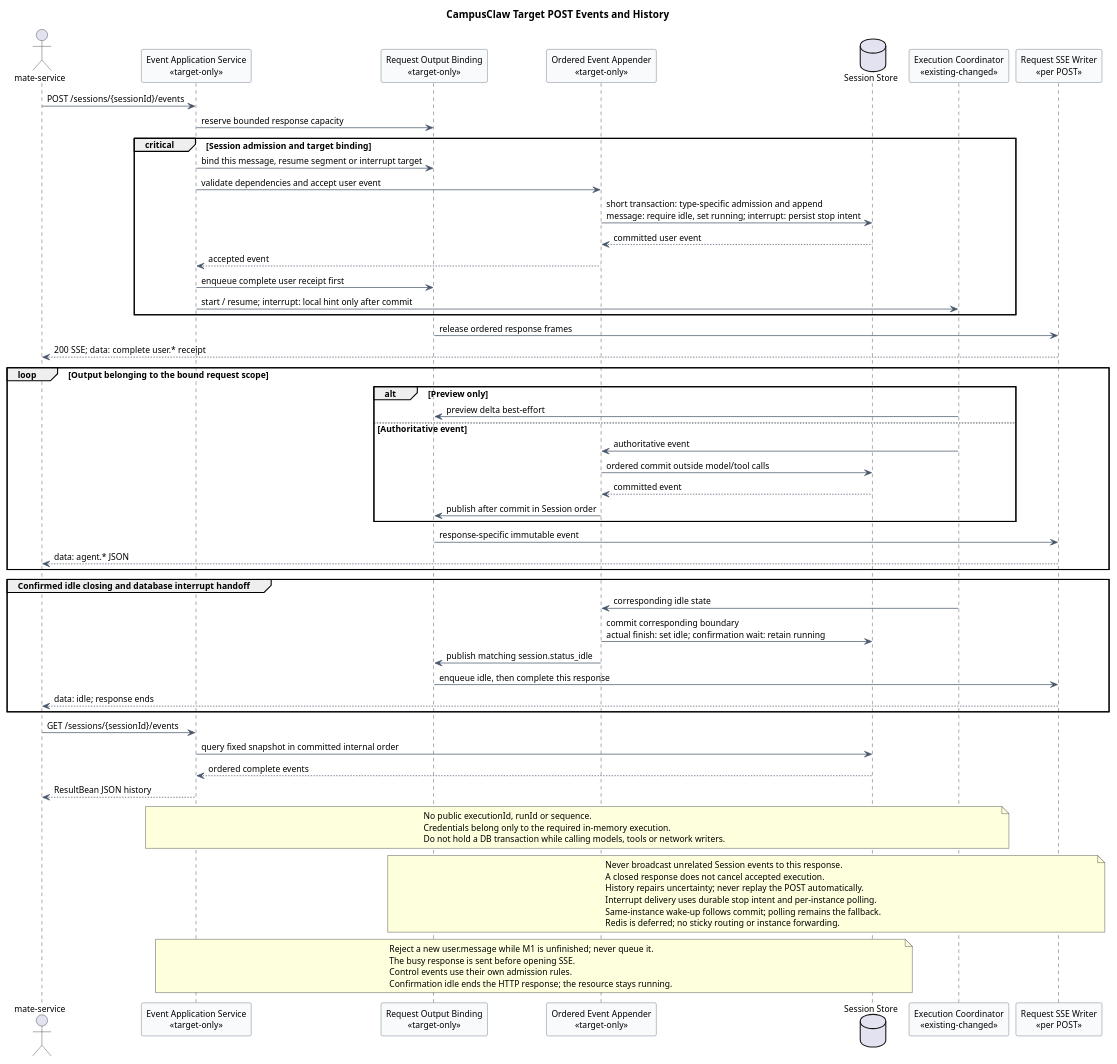
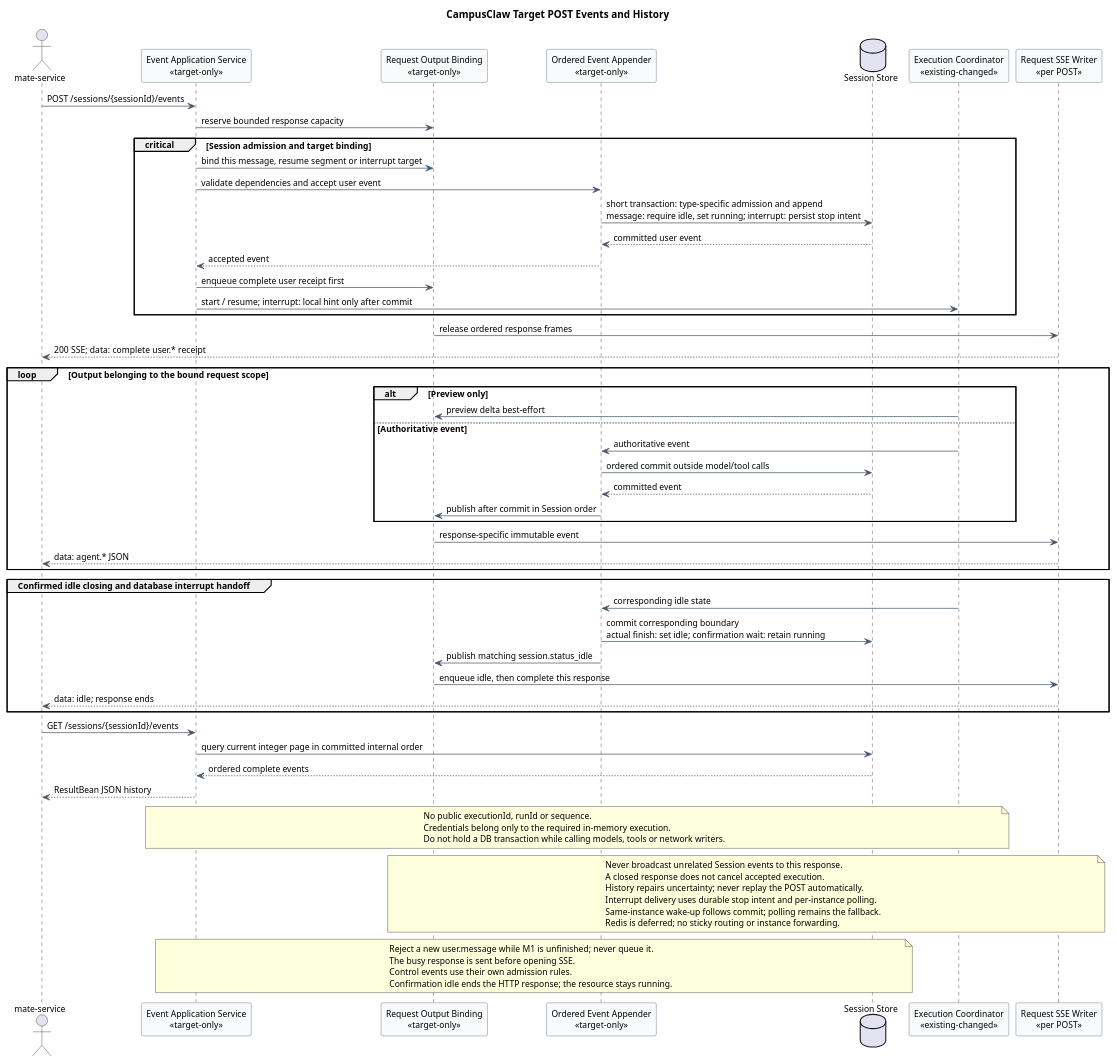
One commit to ssm0808/pi-mono-java-design changed the first of 5 diagrams in 01-总体架构/01-CampusClaw多Agent运行时/设计图/事件接口重设计/diagram.puml. Above: the diagram before and after it, drawn with PlantUML. The commit also changed other lines of this file and 14 other files, not shown here.

```diff
--- a/01-总体架构/01-CampusClaw多Agent运行时/设计图/事件接口重设计/diagram.puml
+++ b/01-总体架构/01-CampusClaw多Agent运行时/设计图/事件接口重设计/diagram.puml
@@ -1,91 +1,91 @@
 @startuml target_session_events_resource_model
 title CampusClaw Target POST Events and History
 ' Source evidence: pi-mono-java 918005ee8ccc88d179fc31a0de17a92b4a01383b.
 ' campusclaw/src/main/java/com/huawei/hicampus/claw/codingagent/runtimeapi/web/RuntimeEventController.java,
 ' submit/list, lines 61-91: POST SSE and GET history; no standalone read stream.
 ' campusclaw/src/main/java/com/huawei/hicampus/claw/codingagent/runtimeapi/event/RuntimeEventService.java,
 ' prepareAndSubmitLocked/acceptUserEntry, lines 101-141: persist message then start.
 ' These files are unchanged from a8192e047f4061bd385297d3dc6c4358362d0d49.
 ' Observed behavior: current Java already uses request-scoped POST SSE.
 ' Confirmed target architecture: combine submission and output in one POST;
 ' the first business frame is the complete accepted user event, exactly once.
 ' Design reason: remove the gap between a write and an independent live subscription.
-' Target-only: union input, response projection, causal ordering and fixed snapshot.
+' Target-only: union input, response projection, causal ordering and integer paging.
 ' Source evidence: campusclaw/src/main/java/com/huawei/hicampus/claw/codingagent/runtimeapi/persistence/MyBatisRuntimeSessionRepository.java,
 ' acceptUserEvent: row lock, idle recheck, message append and running update in one transaction.
 ' Confirmed product constraint: one unfinished user.message per Session across instances.
 skinparam backgroundColor #FFFFFF
 skinparam shadowing false
 skinparam defaultFontName Arial
 skinparam defaultFontSize 12
 skinparam sequence {
   ParticipantBackgroundColor #F8FAFC
   ParticipantBorderColor #475569
   ArrowColor #475569
 }
 actor "mate-service" as Mate
 participant "Event Application Service\n<<target-only>>" as API
 participant "Request Output Binding\n<<target-only>>" as Binding
 participant "Ordered Event Appender\n<<target-only>>" as Append
 database "Session Store" as Store
 participant "Execution Coordinator\n<<existing-changed>>" as Execution
 participant "Request SSE Writer\n<<per POST>>" as Writer
 
 Mate -> API : POST /sessions/{sessionId}/events
 API -> Binding : reserve bounded response capacity
 critical Session admission and target binding
   API -> Binding : bind this message, resume segment or interrupt target
   API -> Append : validate dependencies and accept user event
   Append -> Store : short transaction: type-specific admission and append\nmessage: require idle, set running; interrupt: persist stop intent
   Store --> Append : committed user event
   Append --> API : accepted event
   API -> Binding : enqueue complete user receipt first
   API -> Execution : start / resume; interrupt: local hint only after commit
 end
 Binding -> Writer : release ordered response frames
 Writer --> Mate : 200 SSE; data: complete user.* receipt
 
 loop Output belonging to the bound request scope
   alt Preview only
     Execution -> Binding : preview delta best-effort
   else Authoritative event
     Execution -> Append : authoritative event
     Append -> Store : ordered commit outside model/tool calls
     Store --> Append : committed event
     Append -> Binding : publish after commit in Session order
   end
   Binding -> Writer : response-specific immutable event
   Writer --> Mate : data: agent.* JSON
 end
 group Confirmed idle closing and database interrupt handoff
   Execution -> Append : corresponding idle state
   Append -> Store : commit corresponding boundary\nactual finish: set idle; confirmation wait: retain running
   Append -> Binding : publish matching session.status_idle
   Binding -> Writer : enqueue idle, then complete this response
   Writer --> Mate : data: idle; response ends
 end
 Mate -> API : GET /sessions/{sessionId}/events
-API -> Store : query fixed snapshot in committed internal order
+API -> Store : query current integer page in committed internal order
 Store --> API : ordered complete events
 API --> Mate : ResultBean JSON history
 
 note over API,Execution
 No public executionId, runId or sequence.
 Credentials belong only to the required in-memory execution.
 Do not hold a DB transaction while calling models, tools or network writers.
 end note
 note over Binding,Writer
 Never broadcast unrelated Session events to this response.
 A closed response does not cancel accepted execution.
 History repairs uncertainty; never replay the POST automatically.
 Interrupt delivery uses durable stop intent and per-instance polling.
 Same-instance wake-up follows commit; polling remains the fallback.
 Redis is deferred; no sticky routing or instance forwarding.
 end note
 note over API,Store
 Reject a new user.message while M1 is unfinished; never queue it.
 The busy response is sent before opening SSE.
 Control events use their own admission rules.
 Confirmation idle ends the HTTP response; the resource stays running.
 end note
 @enduml
```
